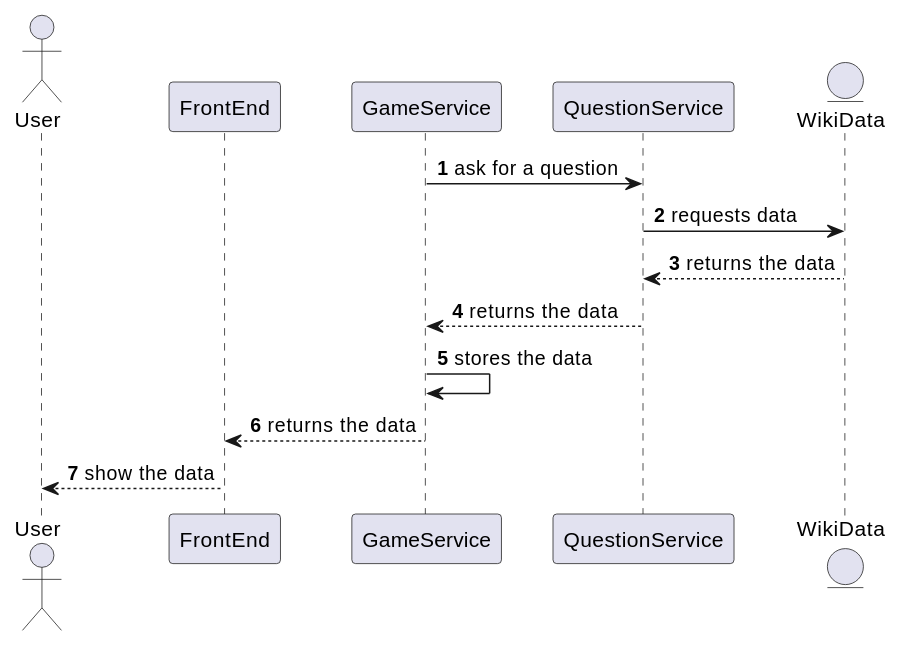
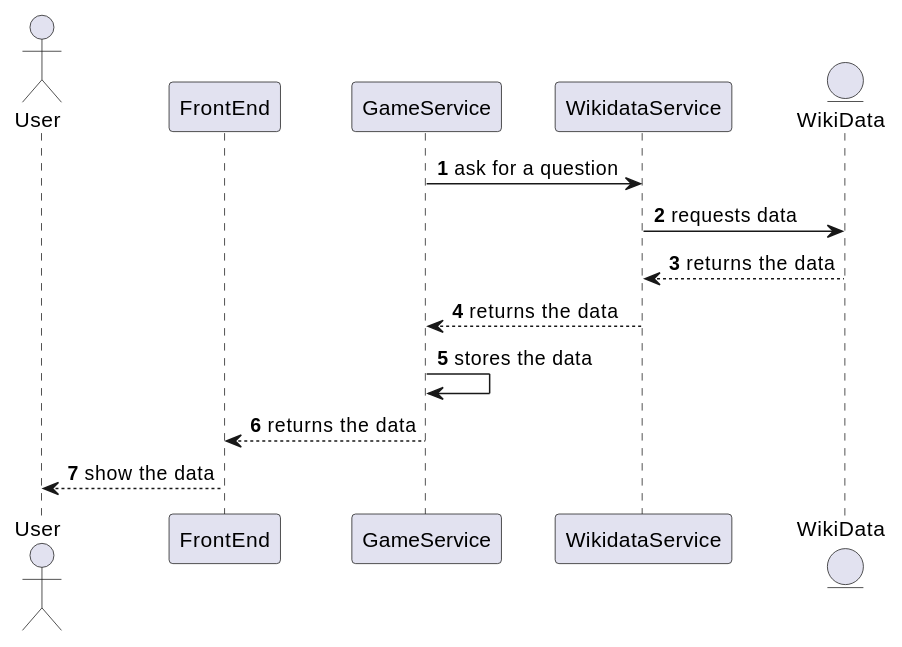
Before and after one commit to Arquisoft/wichat_en3a: the fourth of 5 diagrams in docs/src/06_runtime_view.adoc, drawn with PlantUML. The commit also changed other lines of this file and 12 other files, not shown here.

```diff
--- a/docs/src/06_runtime_view.adoc
+++ b/docs/src/06_runtime_view.adoc
@@ -139,17 +139,17 @@
 [plantuml,"Question generation 1 diagram",png]
 ----
 autonumber
 actor User
 participant FrontEnd
 participant GameService
-participant QuestionService
+participant WikidataService
 entity WikiData
 
-GameService -> QuestionService: ask for a question
-QuestionService -> WikiData: requests data
-WikiData --> QuestionService: returns the data
-QuestionService --> GameService: returns the data
+GameService -> WikidataService: ask for a question
+WikidataService -> WikiData: requests data
+WikiData --> WikidataService: returns the data
+WikidataService --> GameService: returns the data
 GameService -> GameService: stores the data
 GameService --> FrontEnd: returns the data
 FrontEnd --> User: show the data
 ----
```
